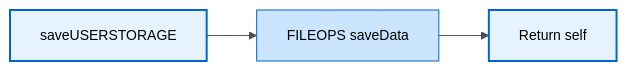
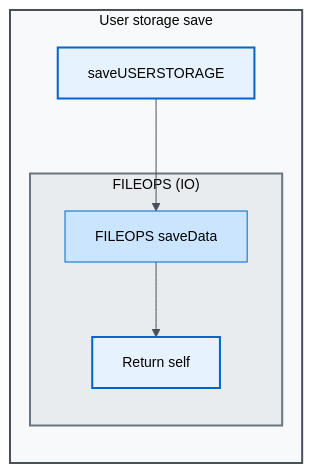
Before and after one commit to Gh0st352/AETHR: the third of 4 diagrams in docs/aethr/user_storage.md, drawn with Mermaid. The commit also changed other lines of this file and 6 other files, not shown here.

First line of the commit message:
Refactor documentation with enhanced flowcharts and sequence diagrams

````diff
--- a/docs/aethr/user_storage.md
+++ b/docs/aethr/user_storage.md
@@ -55,14 +84,24 @@
 ```mermaid
-%%{init: {"theme": "base", "themeVariables": {"primaryColor":"#e6f3ff","primaryBorderColor":"#0066cc","primaryTextColor":"#000","lineColor":"#495057","textColor":"#000","fontSize":"14px"}}}%%
-flowchart LR
-  S[saveUSERSTORAGE] --> SD[FILEOPS saveData]
-  SD --> RT[Return self]
+%%{init: {"theme":"base","themeVariables":{"primaryColor":"#ffffffff","primaryBorderColor":"#0066cc","lineColor":"#495057","textColor":"#1a1a1aff","fontSize":"14px"}}}%%
+flowchart TB
+  %% Group: Save path
+  subgraph SAVE ["User storage save"]
+    direction TB
+    S_save["saveUSERSTORAGE"] --> IO_SAVE["FILEOPS saveData"]
+    subgraph FILEOPS_SAVE ["FILEOPS (IO)"]
+      IO_SAVE --> RT_save["Return self"]
+    end
+  end
 
   %% Styles
   classDef core fill:#e6f3ff,stroke:#0066cc,stroke-width:2px,color:#000
   classDef process fill:#cce5ff,stroke:#0066cc,color:#000
 
   %% Apply classes
-  class S,RT core
-  class SD process
+  class S_save,RT_save core
+  class IO_SAVE process
+
+  %% Subgraph styles
+  style SAVE fill:#f8f9fa,stroke:#495057,stroke-width:2px
+  style FILEOPS_SAVE fill:#e9ecef,stroke:#6c757d,stroke-width:2px
 ```
````
